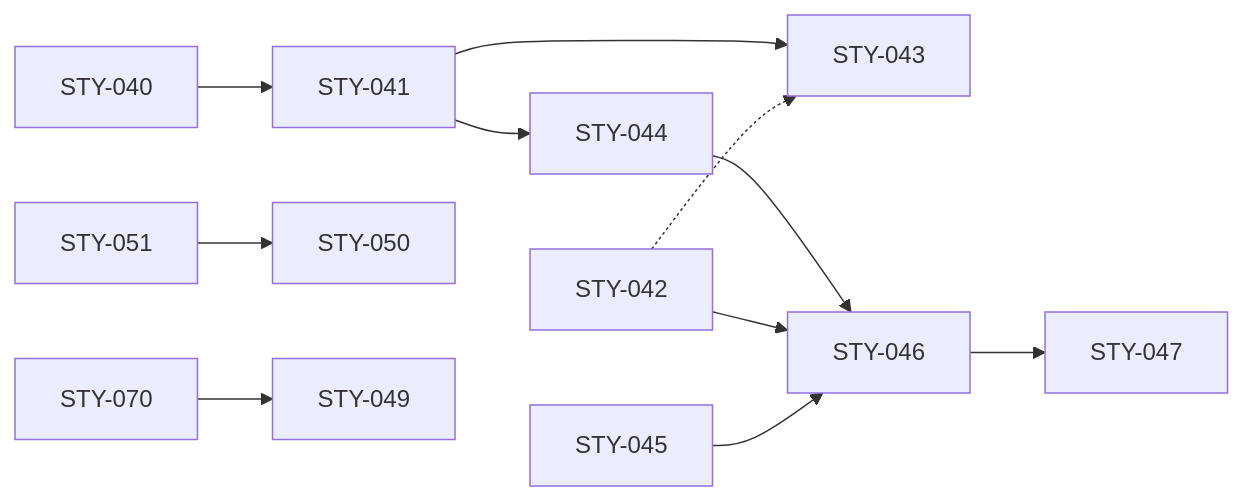
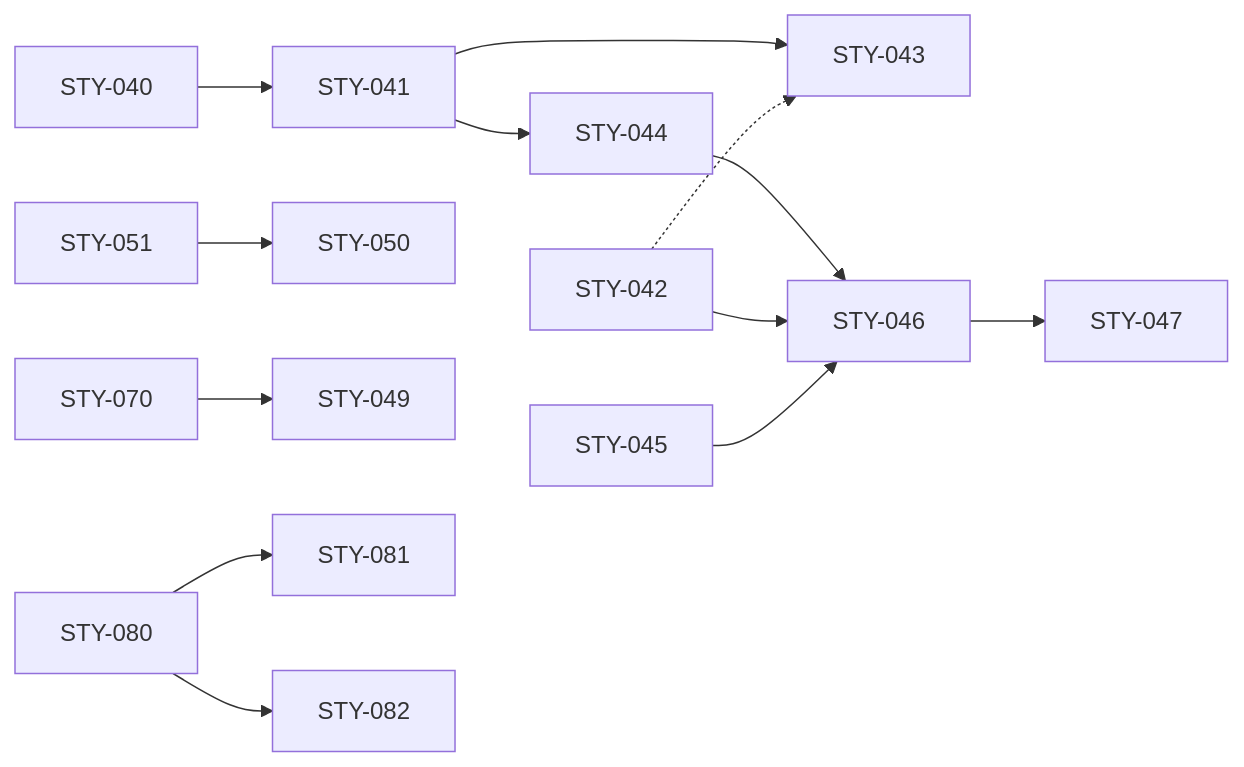
The diagram in docs/backlog/EPC-011-adding-roadmaps-and-items/README.md (DHCW-Digital-Health-and-Care-Wales/roadmaps), drawn with Mermaid before and after one commit. The commit also changed other lines of this file and 10 other files, not shown here.

````diff
--- a/docs/backlog/EPC-011-adding-roadmaps-and-items/README.md
+++ b/docs/backlog/EPC-011-adding-roadmaps-and-items/README.md
@@ -230,10 +245,12 @@
 ```mermaid
 flowchart LR
   STY-040 --> STY-041 --> STY-043
   STY-041 --> STY-044 --> STY-046
   STY-042 --> STY-046
   STY-042 -.-> STY-043
   STY-045 --> STY-046 --> STY-047
   STY-051 --> STY-050
   STY-070 --> STY-049
+  STY-080 --> STY-081
+  STY-080 --> STY-082
 ```
````
